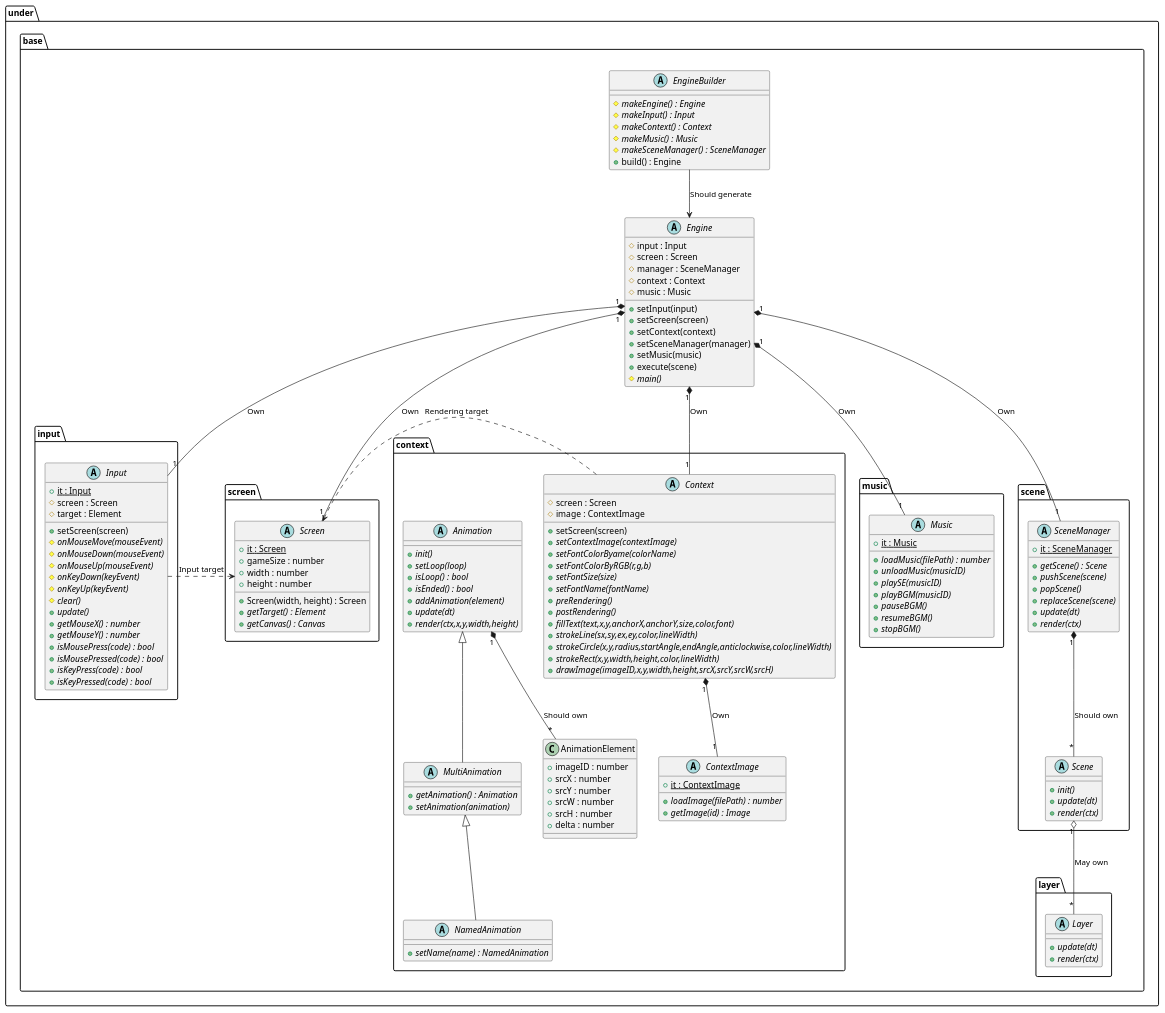
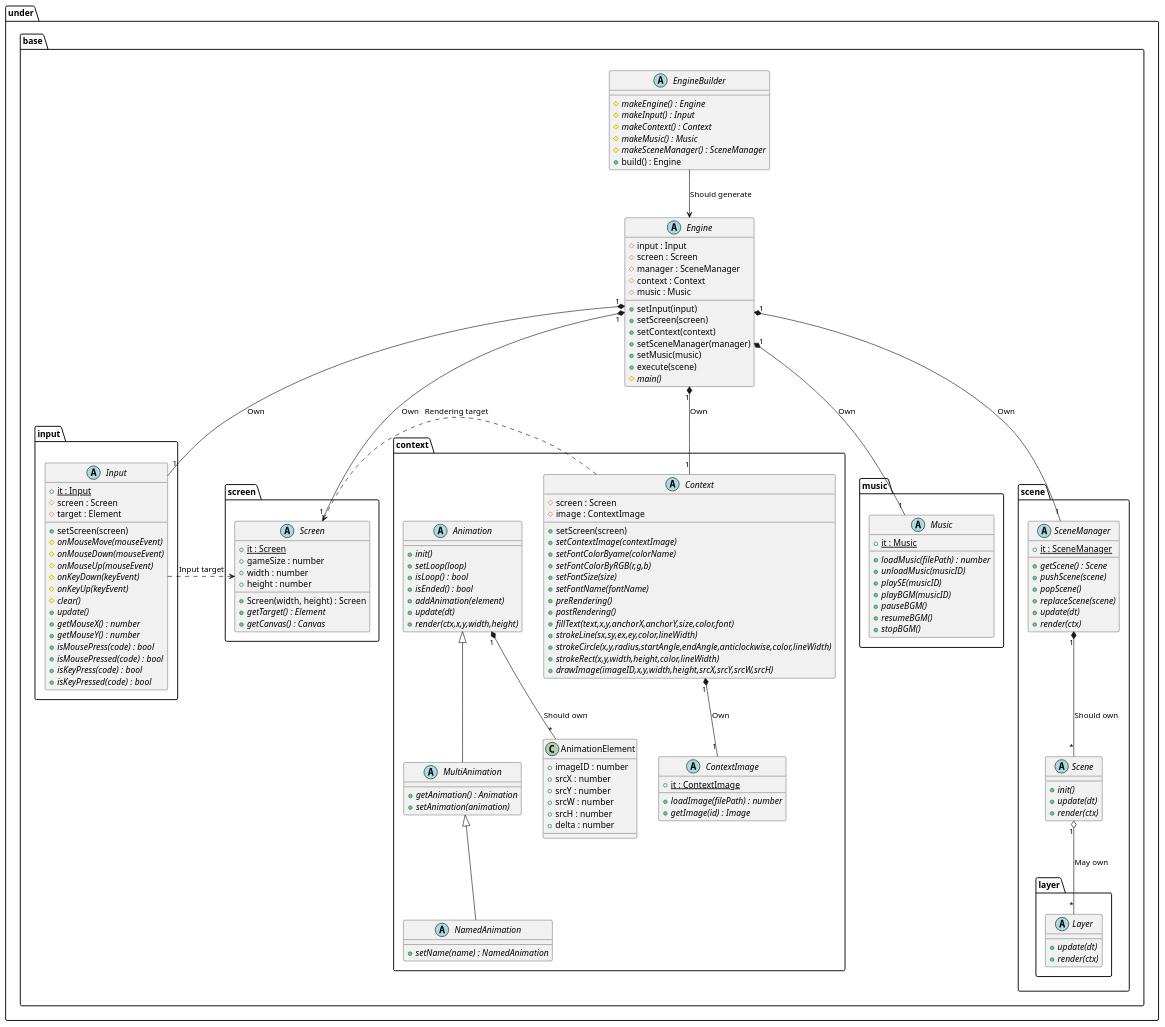
Before and after one commit to Expine/Under: the diagram in uml/gamebase/Base.wsd, drawn with PlantUML. The commit also changed 20 other files, not shown here.

Commit message:
Update UML

```diff
--- a/uml/gamebase/Base.wsd
+++ b/uml/gamebase/Base.wsd
@@ -1,170 +1,170 @@
 @startuml GameBaseBase
 
 package under {
     package base {
         abstract EngineBuilder {
             {abstract} #makeEngine() : Engine
             {abstract} #makeInput() : Input
             {abstract} #makeContext() : Context
             {abstract} #makeMusic() : Music
             {abstract} #makeSceneManager() : SceneManager
             +build() : Engine
         }
         abstract Engine {
             #input : Input
             #screen : Screen
             #manager : SceneManager
             #context : Context
             #music : Music
             +setInput(input)
             +setScreen(screen)
             +setContext(context)
             +setSceneManager(manager)
             +setMusic(music)
             +execute(scene)
             {abstract} #main()
         }
 
         package input {
             abstract Input {
                 {static} +it : Input /' Singleton '/
                 #screen : Screen
                 #target : Element
                 +setScreen(screen)
                 {abstract} #onMouseMove(mouseEvent)
                 {abstract} #onMouseDown(mouseEvent)
                 {abstract} #onMouseUp(mouseEvent)
                 {abstract} #onKeyDown(keyEvent)
                 {abstract} #onKeyUp(keyEvent)
                 {abstract} #clear()
                 {abstract} +update()
                 {abstract} +getMouseX() : number
                 {abstract} +getMouseY() : number
                 {abstract} +isMousePress(code) : bool
                 {abstract} +isMousePressed(code) : bool
                 {abstract} +isKeyPress(code) : bool
                 {abstract} +isKeyPressed(code) : bool
             }
         }
 
         package screen {
             abstract Screen {
                 +Screen(width, height) : Screen
                 {static} +it : Screen /' Singleton '/
                 +gameSize : number
                 +width : number
                 +height : number
                 {abstract} +getTarget() : Element
                 {abstract} +getCanvas() : Canvas
             }
         }
 
         package music {
             abstract Music {
                 {static} +it : Music /' Singleton '/
                 {abstract} +loadMusic(filePath) : number
                 {abstract} +unloadMusic(musicID)
                 {abstract} +playSE(musicID)
                 {abstract} +playBGM(musicID)
                 {abstract} +pauseBGM()
                 {abstract} +resumeBGM()
                 {abstract} +stopBGM()
             }
         }
 
         package context {
             abstract Context {
                 #screen : Screen
                 #image : ContextImage
                 +setScreen(screen)
                 {abstract} +setContextImage(contextImage)
                 {abstract} +setFontColorByame(colorName)
                 {abstract} +setFontColorByRGB(r,g,b)
                 {abstract} +setFontSize(size)
                 {abstract} +setFontName(fontName)
                 {abstract} +preRendering()
                 {abstract} +postRendering()
                 {abstract} +fillText(text,x,y,anchorX,anchorY,size,color,font)
                 {abstract} +strokeLine(sx,sy,ex,ey,color,lineWidth)
                 {abstract} +strokeCircle(x,y,radius,startAngle,endAngle,anticlockwise,color,lineWidth)
                 {abstract} +strokeRect(x,y,width,height,color,lineWidth)
                 {abstract} +drawImage(imageID,x,y,width,height,srcX,srcY,srcW,srcH)
             }
             abstract ContextImage {
                 {static} +it : ContextImage /' Singleton '/
                 {abstract} +loadImage(filePath) : number
                 {abstract} +getImage(id) : Image
             }
 
             abstract Animation {
                 {abstract} +init()
                 {abstract} +setLoop(loop)
                 {abstract} +isLoop() : bool
                 {abstract} +isEnded() : bool
                 {abstract} +addAnimation(element)
                 {abstract} +update(dt)
                 {abstract} +render(ctx,x,y,width,height)
             }
             abstract MultiAnimation {
                 {abstract} +getAnimation() : Animation
                 {abstract} +setAnimation(animation)
             }
             abstract NamedAnimation {
                 {abstract} +setName(name) : NamedAnimation
             }
             class AnimationElement {
                 +imageID : number
                 +srcX : number
                 +srcY : number
                 +srcW : number
                 +srcH : number
                 +delta : number
             }
         }
 
         package scene {
             abstract SceneManager {
                 {static} +it : SceneManager /' Singleton '/
                 {abstract} +getScene() : Scene
                 {abstract} +pushScene(scene)
                 {abstract} +popScene()
                 {abstract} +replaceScene(scene)
                 {abstract} +update(dt)
                 {abstract} +render(ctx)
             }
             abstract Scene {
                 {abstract} +init()
                 {abstract} +update(dt)
                 {abstract} +render(ctx)
             }
-        }
 
-        package layer {
-            abstract Layer {
-                {abstract} +update(dt)
-                {abstract} +render(ctx)
+            package layer {
+                abstract Layer {
+                    {abstract} +update(dt)
+                    {abstract} +render(ctx)
+                }
             }
         }
     }
 }
 
 EngineBuilder --> Engine : Should generate
 Engine "1"*-- "1" Screen : Own
 Engine "1"*-- "1" Input : Own
 Engine "1"*-- "1" SceneManager : Own
 Engine "1"*-- "1" Context : Own
 Engine "1"*-- "1" Music : Own
 
 Input .> Screen : Input target
 Context .> Screen : Rendering target
 
 SceneManager "1"*--"*" Scene : Should own
 Scene "1" o--"*" Layer : May own
 Context "1"*--"1" ContextImage : Own
 
 Animation "1"*--"*"AnimationElement : Should own
 
 Animation <|-- MultiAnimation
 MultiAnimation <|-- NamedAnimation
 
 @enduml
```
